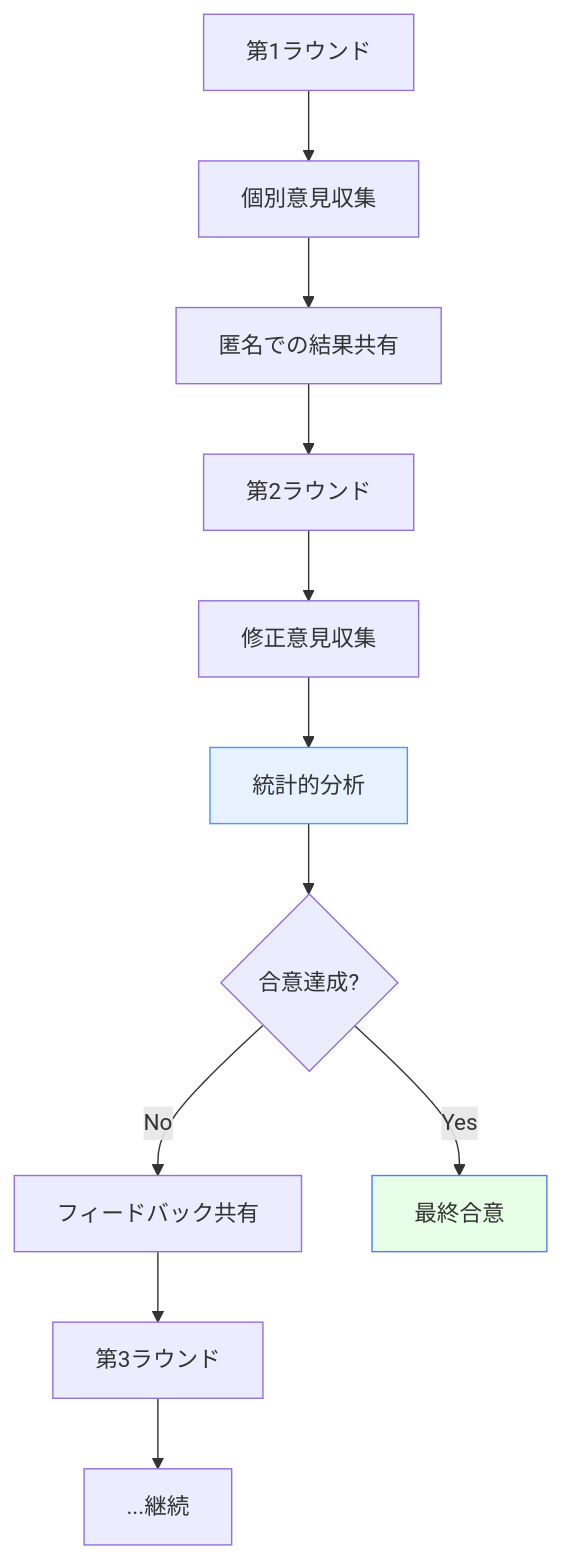
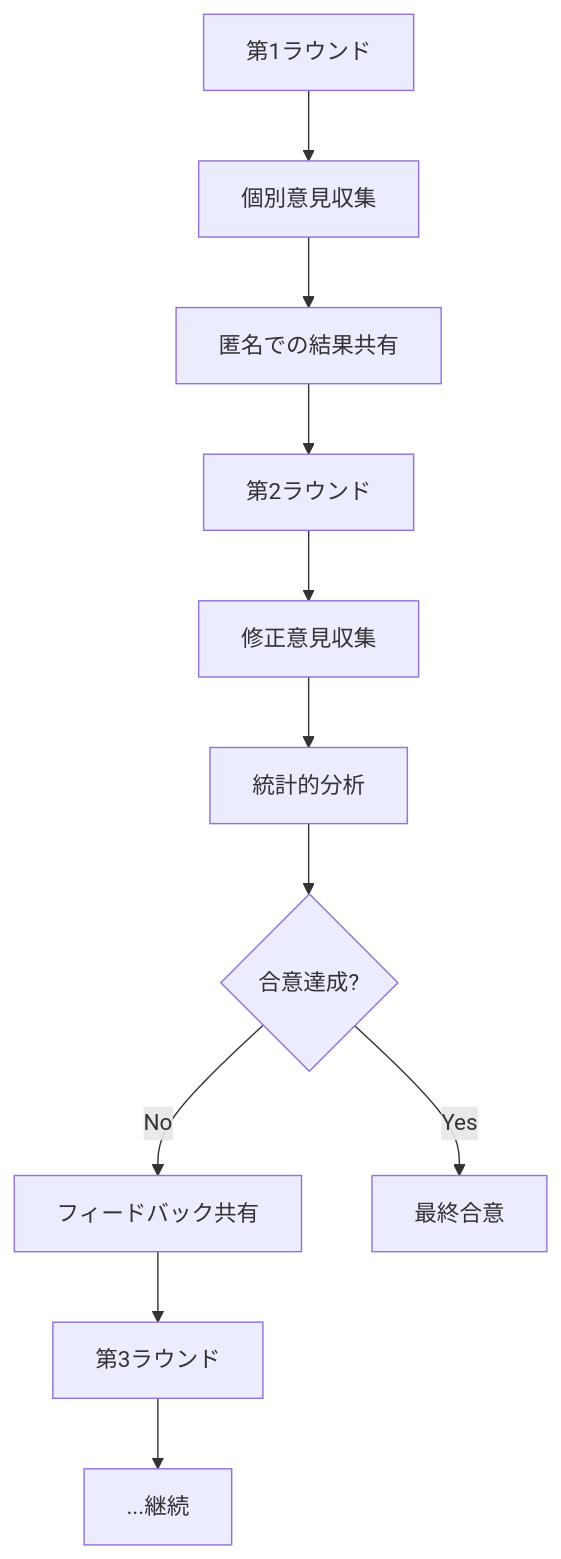
Before and after one commit to shuji-bonji/Situational-Awareness-and-Decision-Making: the third of 4 diagrams in docs/decision-making-guide/collaborative-sa.md, drawn with Mermaid. The commit also changed other lines of this file and 49 other files, not shown here.

Commit message:
fix: ダークモードで見づらい図の色の変更

````diff
--- a/docs/decision-making-guide/collaborative-sa.md
+++ b/docs/decision-making-guide/collaborative-sa.md
@@ -158,16 +158,16 @@
 ```mermaid
 graph TD
     A[第1ラウンド] --> B[個別意見収集]
     B --> C[匿名での結果共有]
     C --> D[第2ラウンド]
     D --> E[修正意見収集]
     E --> F[統計的分析]
     F --> G{合意達成?}
     G -->|No| H[フィードバック共有]
     H --> I[第3ラウンド]
     I --> J[...継続]
     G -->|Yes| K[最終合意]
     
-    style F fill:#e6f2ff,stroke:#4d94ff
-    style K fill:#e6ffe6,stroke:#4d7fff
+
+
 ```
````
